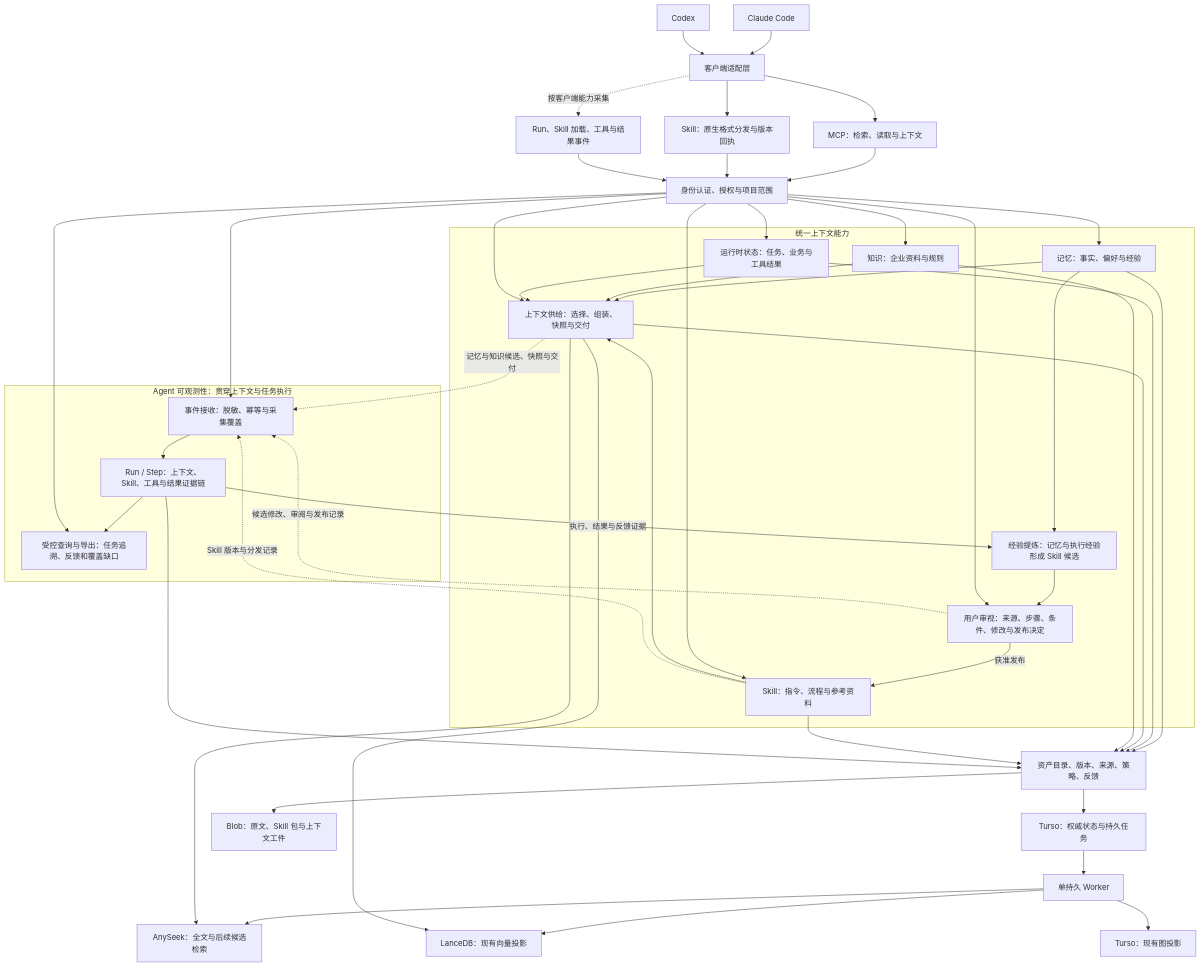
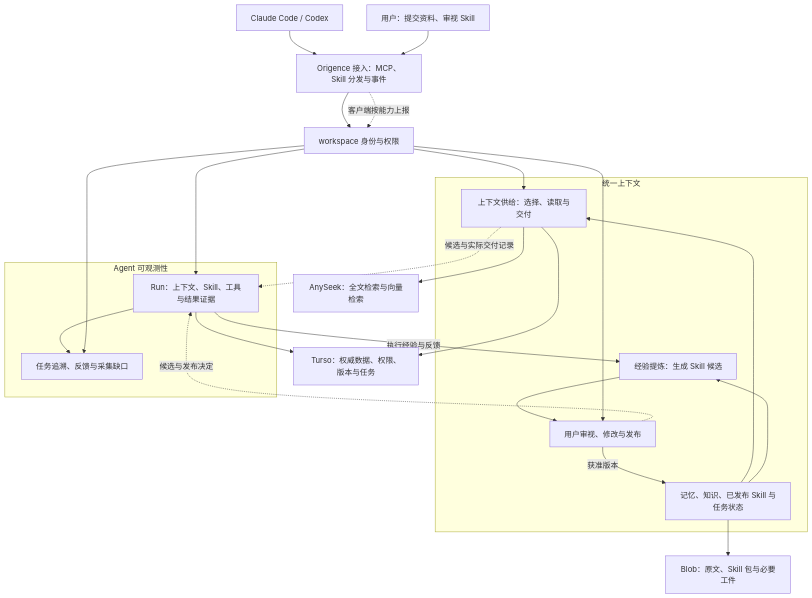
Before and after one commit to TheLudlows/Origence: the first of 2 diagrams in docs/superpowers/specs/2026-11-16-agent-data-foundation-architecture.md, drawn with Mermaid. The commit also changed other lines of this file and 6 other files, not shown here.

Commit message:
docs: simplify MVP scope and unify full-text and vector retrieval on AnySeek

````diff
--- a/docs/superpowers/specs/2026-11-16-agent-data-foundation-architecture.md
+++ b/docs/superpowers/specs/2026-11-16-agent-data-foundation-architecture.md
@@ -58,60 +25,33 @@
 ```mermaid
 flowchart TB
-    CC[Claude Code] --> CA[客户端适配层]
-    CX[Codex] --> CA
-    CA --> MCP[MCP：检索、读取与上下文]
-    CA --> SD[Skill：原生格式分发与版本回执]
-    CA -. 按客户端能力采集 .-> EV[Run、Skill 加载、工具与结果事件]
-    MCP --> AUTH[身份认证、授权与项目范围]
-    SD --> AUTH
-    EV --> AUTH
-    subgraph CONTEXT[统一上下文能力]
-        MEM[记忆：事实、偏好与经验]
-        KNOW[知识：企业资料与规则]
-        SKILL[Skill：指令、流程与参考资料]
-        DISTILL[经验提炼：记忆与执行经验形成 Skill 候选]
-        REVIEW[用户审视：来源、步骤、条件、修改与发布决定]
-        STATE[运行时状态：任务、业务与工具结果]
-        CTX[上下文供给：选择、组装、快照与交付]
-        MEM --> CTX
-        KNOW --> CTX
-        SKILL --> CTX
-        STATE --> CTX
-        MEM --> DISTILL
-        DISTILL --> REVIEW
-        REVIEW -->|获准发布| SKILL
+    CLIENT[Claude Code / Codex] --> ACCESS[Origence 接入：MCP、Skill 分发与事件]
+    USER[用户：提交资料、审视 Skill] --> ACCESS
+    ACCESS --> AUTH[workspace 身份与权限]
+    subgraph CONTEXT[统一上下文]
+        ASSET[记忆、知识、已发布 Skill 与任务状态]
+        SERVE[上下文供给：选择、读取与交付]
+        LEARN[经验提炼：生成 Skill 候选]
+        REVIEW[用户审视、修改与发布]
+        ASSET --> SERVE
+        ASSET --> LEARN
+        LEARN --> REVIEW
+        REVIEW -->|获准版本| ASSET
     end
-    AUTH --> MEM
-    AUTH --> KNOW
-    AUTH --> SKILL
+    AUTH --> SERVE
     AUTH --> REVIEW
-    AUTH --> STATE
-    AUTH --> CTX
-    subgraph OBS[Agent 可观测性：贯穿上下文与任务执行]
-        ING[事件接收：脱敏、幂等与采集覆盖]
-        RUN[Run / Step：上下文、Skill、工具与结果证据链]
-        TRACE[受控查询与导出：任务追溯、反馈和覆盖缺口]
-        ING --> RUN
-        RUN --> TRACE
+    SERVE --> SEARCH[AnySeek：全文检索与向量检索]
+    SERVE --> STORE[Turso：权威数据、权限、版本与任务]
+    ASSET --> BLOB[Blob：原文、Skill 包与必要工件]
+    subgraph OBS[Agent 可观测性]
+        RUN[Run：上下文、Skill、工具与结果证据]
+        VIEW[任务追溯、反馈与采集缺口]
+        RUN --> VIEW
     end
-    AUTH --> ING
-    AUTH --> TRACE
-    CTX -. 记忆与知识候选、快照与交付 .-> ING
-    SKILL -. Skill 版本与分发记录 .-> ING
-    REVIEW -. 候选修改、审阅与发布记录 .-> ING
-    RUN -->|执行、结果与反馈证据| DISTILL
-    MEM --> CORE[资产目录、版本、来源、策略、反馈]
-    STATE --> CORE
-    CTX --> CORE
-    KNOW --> CORE
-    SKILL --> CORE
-    RUN --> CORE
-    CORE --> DB[Turso：权威状态与持久任务]
-    CORE --> BLOB[Blob：原文、Skill 包与上下文工件]
-    DB --> WORK[单持久 Worker]
-    WORK --> AS[AnySeek：全文与后续候选检索]
-    WORK --> LV[LanceDB：现有向量投影]
-    WORK --> GP[Turso：现有图投影]
-    CTX --> AS
-    CTX --> LV
+    AUTH --> RUN
+    AUTH --> VIEW
+    SERVE -. 候选与实际交付记录 .-> RUN
+    REVIEW -. 候选与发布决定 .-> RUN
+    ACCESS -. 客户端按能力上报 .-> AUTH
+    RUN -->|执行经验与反馈| LEARN
+    RUN --> STORE
 ```
````
